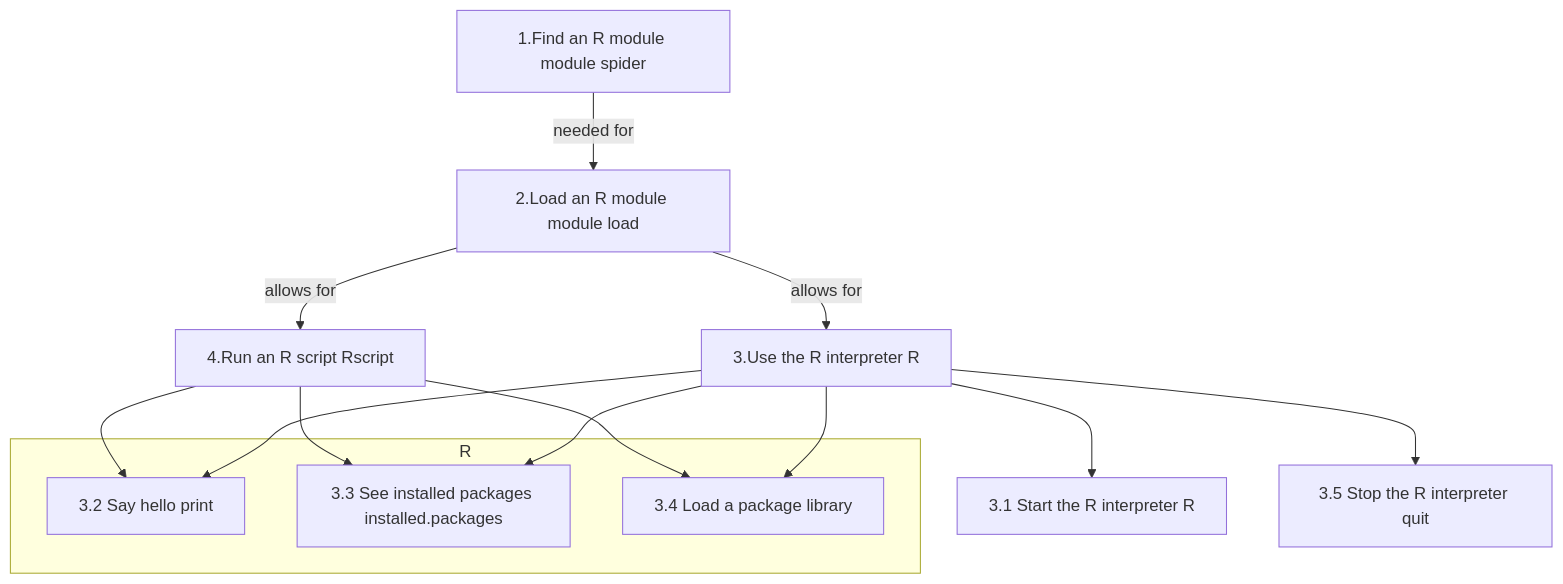
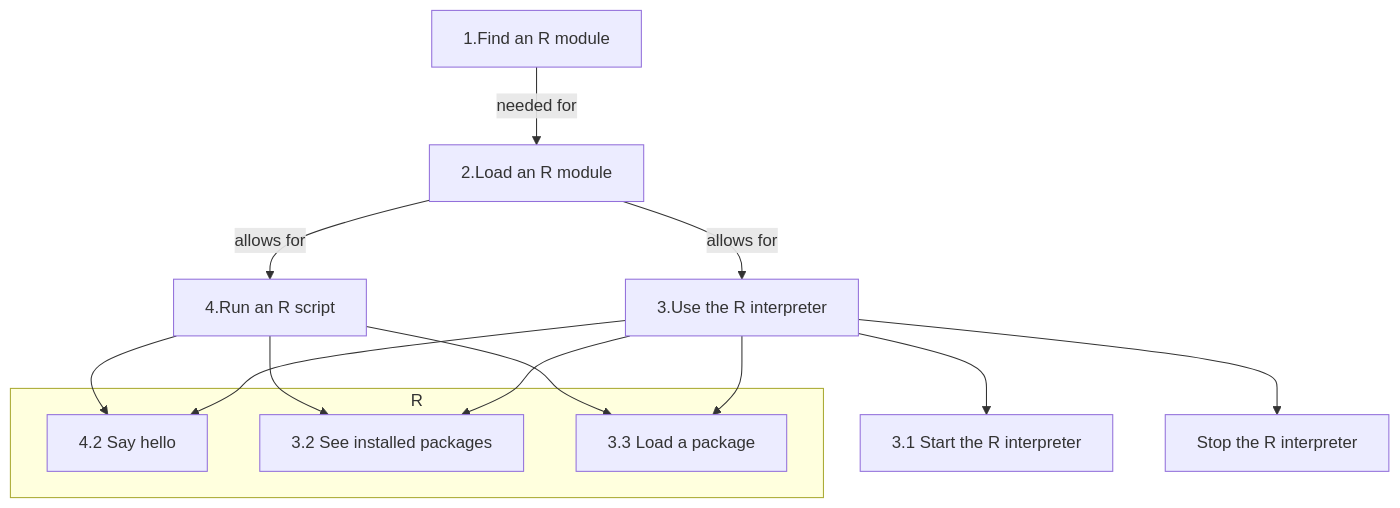
One commit to UPPMAX/R-python-julia-matlab-HPC changed the diagram in docs/r/load_run_r_overview.mmd. Above: the diagram before and after it, drawn with Mermaid. The commit also changed 2 other files, not shown here.

Commit message:
Numbers in diagram match exercise again, no command in nodes, as this confuses more than it aids

```diff
--- a/docs/r/load_run_r_overview.mmd
+++ b/docs/r/load_run_r_overview.mmd
@@ -1,28 +1,28 @@
 flowchart TD
 
-  find_r_module[1.Find an R module module spider]
-  load_r_module[2.Load an R module module load]
-  use_r_interpreter[3.Use the R interpreter R]
-  start_r_interpreter[3.1 Start the R interpreter R]
+  find_r_module[1.Find an R module]
+  load_r_module[2.Load an R module]
+  use_r_interpreter[3.Use the R interpreter]
+  start_r_interpreter[3.1 Start the R interpreter]
   subgraph R
-    say_hello[3.2 Say hello print]
-    see_installed_packages[3.3 See installed packages installed.packages]
-    load_package[3.4 Load a package library]
+    say_hello[4.2 Say hello]
+    see_installed_packages[3.2 See installed packages]
+    load_package[3.3 Load a package]
   end
-  stop_r_interpreter[3.5 Stop the R interpreter quit]
-  run_r_script[4.Run an R script Rscript]
+  stop_r_interpreter[Stop the R interpreter]
+  run_r_script[4.Run an R script]
 
   find_r_module --> |needed for| load_r_module
   load_r_module --> |allows for| use_r_interpreter
   load_r_module --> |allows for| run_r_script  
 
   use_r_interpreter --> start_r_interpreter
   use_r_interpreter --> say_hello
   use_r_interpreter --> see_installed_packages
   use_r_interpreter --> load_package
   use_r_interpreter --> stop_r_interpreter
 
   
   run_r_script --> say_hello
   run_r_script --> see_installed_packages
   run_r_script --> load_package
```
